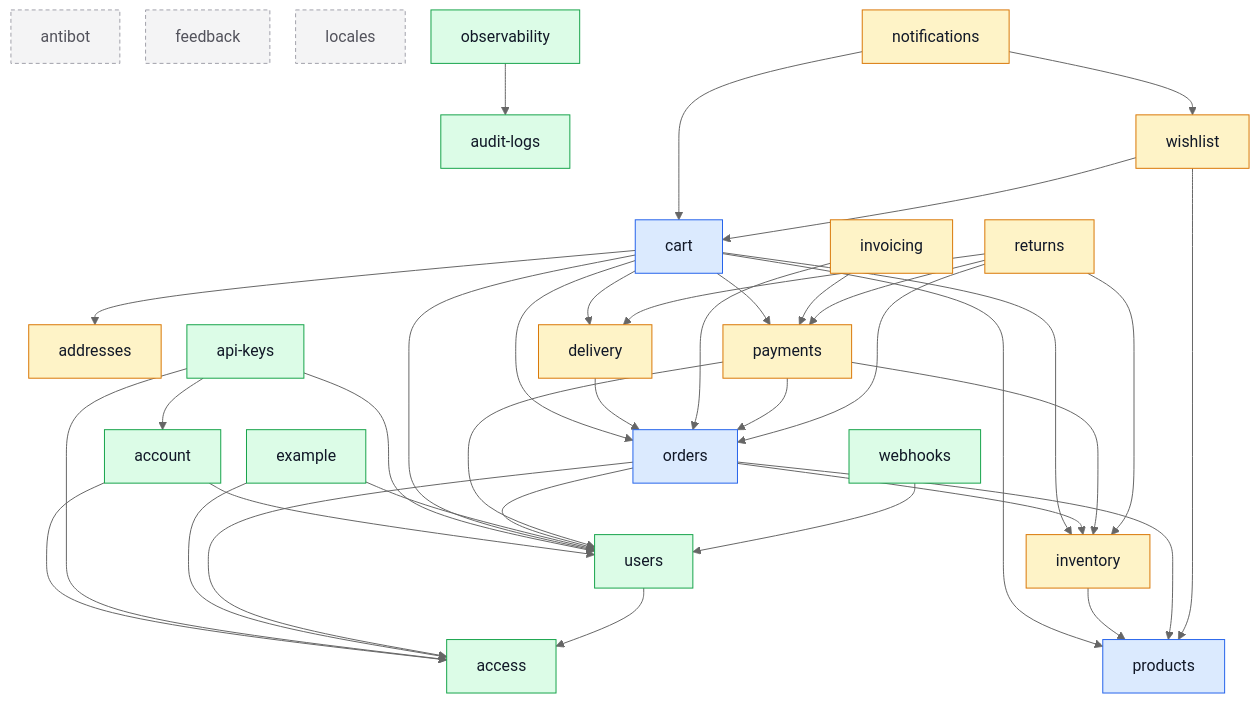
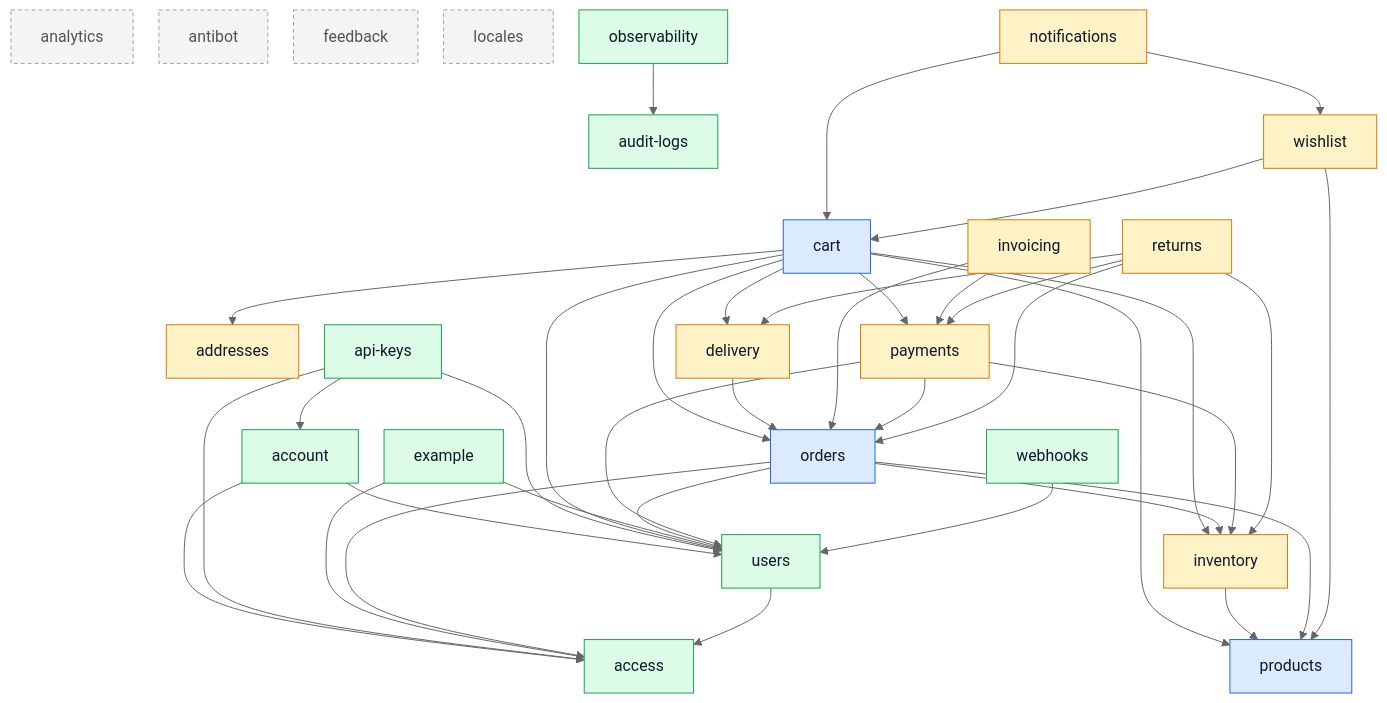
One commit to Guebbit/boilerplate-node-backend changed the diagram in docs/modules/index.md. Above: the diagram before and after it, drawn with Mermaid (neutral theme). The commit also changed other lines of this file and 23 other files, not shown here.

````diff
--- a/docs/modules/index.md
+++ b/docs/modules/index.md
@@ -40,72 +40,73 @@
 ```mermaid
 %%{init: {'flowchart': {'nodeSpacing': 26, 'rankSpacing': 52}}}%%
 flowchart TD
     access
     account
     addresses
+    analytics
     antibot
     api_keys["api-keys"]
     audit_logs["audit-logs"]
     cart
     delivery
     example
     feedback
     inventory
     invoicing
     locales
     notifications
     observability
     orders
     payments
     products
     returns
     users
     webhooks
     wishlist
 
     account --> access
     account --> users
     api_keys --> access
     api_keys --> account
     api_keys --> users
     cart --> addresses
     cart --> delivery
     cart --> inventory
     cart --> orders
     cart --> payments
     cart --> products
     cart --> users
     delivery --> orders
     example --> access
     example --> users
     inventory --> products
     invoicing --> orders
     invoicing --> payments
     notifications --> cart
     notifications --> wishlist
     observability --> audit_logs
     orders --> access
     orders --> inventory
     orders --> products
     orders --> users
     payments --> inventory
     payments --> orders
     payments --> users
     returns --> delivery
     returns --> inventory
     returns --> orders
     returns --> payments
     users --> access
     webhooks --> users
     wishlist --> cart
     wishlist --> products
 
     classDef core fill:#dbeafe,stroke:#2563eb,color:#111827;
     classDef supporting fill:#fef3c7,stroke:#d97706,color:#111827;
     classDef generic fill:#dcfce7,stroke:#16a34a,color:#111827;
     classDef isolated fill:#f4f4f5,stroke:#a1a1aa,color:#52525b,stroke-dasharray:4 3;
     class cart,orders,products core;
     class addresses,delivery,inventory,invoicing,notifications,payments,returns,wishlist supporting;
     class access,account,api_keys,audit_logs,example,observability,users,webhooks generic;
-    class antibot,feedback,locales isolated;
+    class analytics,antibot,feedback,locales isolated;
 ```
````
